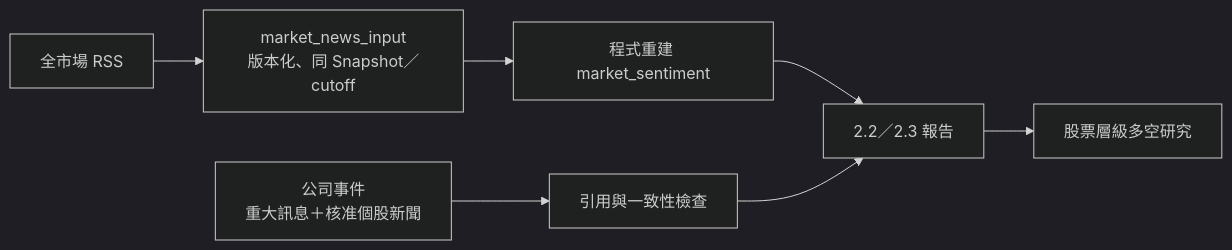
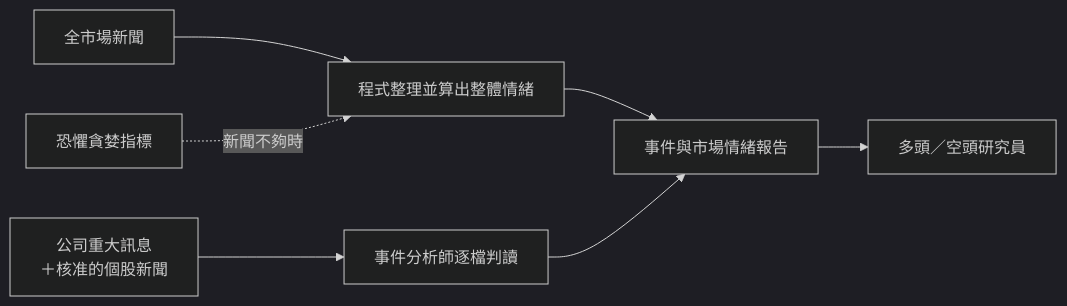
One commit to zxcvb8885123/ETF-AGENTS changed the diagram in docs/event_market_scope.md. Above: the diagram before and after it, drawn with Mermaid (dark theme). The commit also changed other lines of this file and 4 other files, not shown here.

````diff
--- a/docs/event_market_scope.md
+++ b/docs/event_market_scope.md
@@ -16,9 +16,9 @@
 ```mermaid
 flowchart LR
-  A[全市場 RSS] --> B[market_news_input<br/>版本化、同 Snapshot／cutoff]
-  B --> C[程式重建 market_sentiment]
-  D[公司事件<br/>重大訊息＋核准個股新聞] --> E[引用與一致性檢查]
-  C --> F[2.2／2.3 報告]
-  E --> F
-  F --> G[股票層級多空研究]
+  A[全市場新聞] --> B[程式整理並算出整體情緒]
+  F[恐懼貪婪指標] -.新聞不夠時.-> B
+  D[公司重大訊息<br/>＋核准的個股新聞] --> E[事件分析師逐檔判讀]
+  B --> G[事件與市場情緒報告]
+  E --> G
+  G --> H[多頭／空頭研究員]
 ```
````
